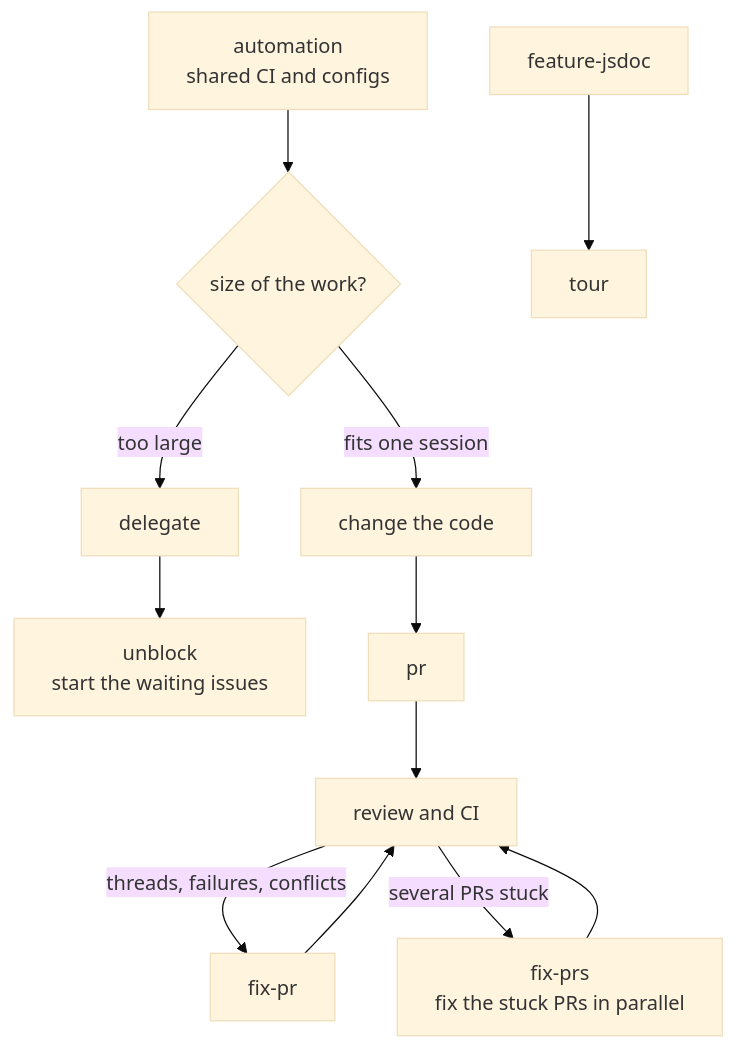
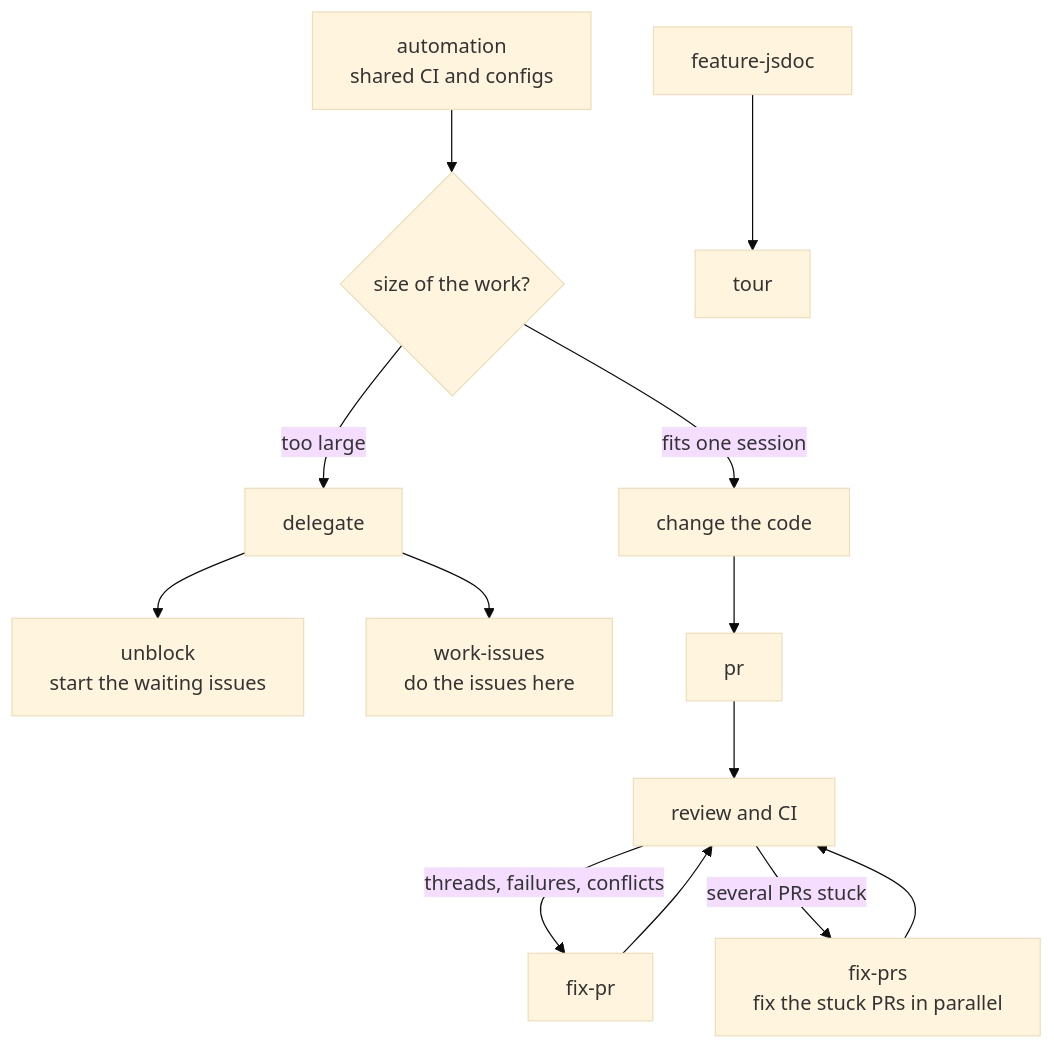
The diagram in domains/code/README.md (omni-stove/skill-kit), drawn with Mermaid (base theme) before and after one commit. The commit also changed other lines of this file and 35 other files, not shown here.

````diff
--- a/domains/code/README.md
+++ b/domains/code/README.md
@@ -9,15 +9,16 @@
 ```mermaid
 flowchart TD
   automation[automation<br/>shared CI and configs] --> work
   jsdoc[feature-jsdoc] --> tour[tour]
   work{size of the work?}
   work -- "fits one session" --> change[change the code]
   work -- "too large" --> issue[delegate]
   issue --> unblock[unblock<br/>start the waiting issues]
+  issue --> local[work-issues<br/>do the issues here]
   change --> pr[pr]
   pr --> review[review and CI]
   review -- "threads, failures, conflicts" --> fixpr[fix-pr]
   fixpr --> review
   review -- "several PRs stuck" --> fixprs[fix-prs<br/>fix the stuck PRs in parallel]
   fixprs --> review
 ```
````
